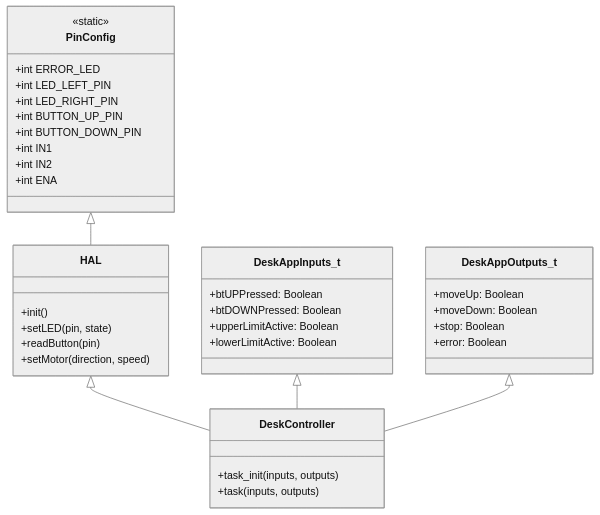
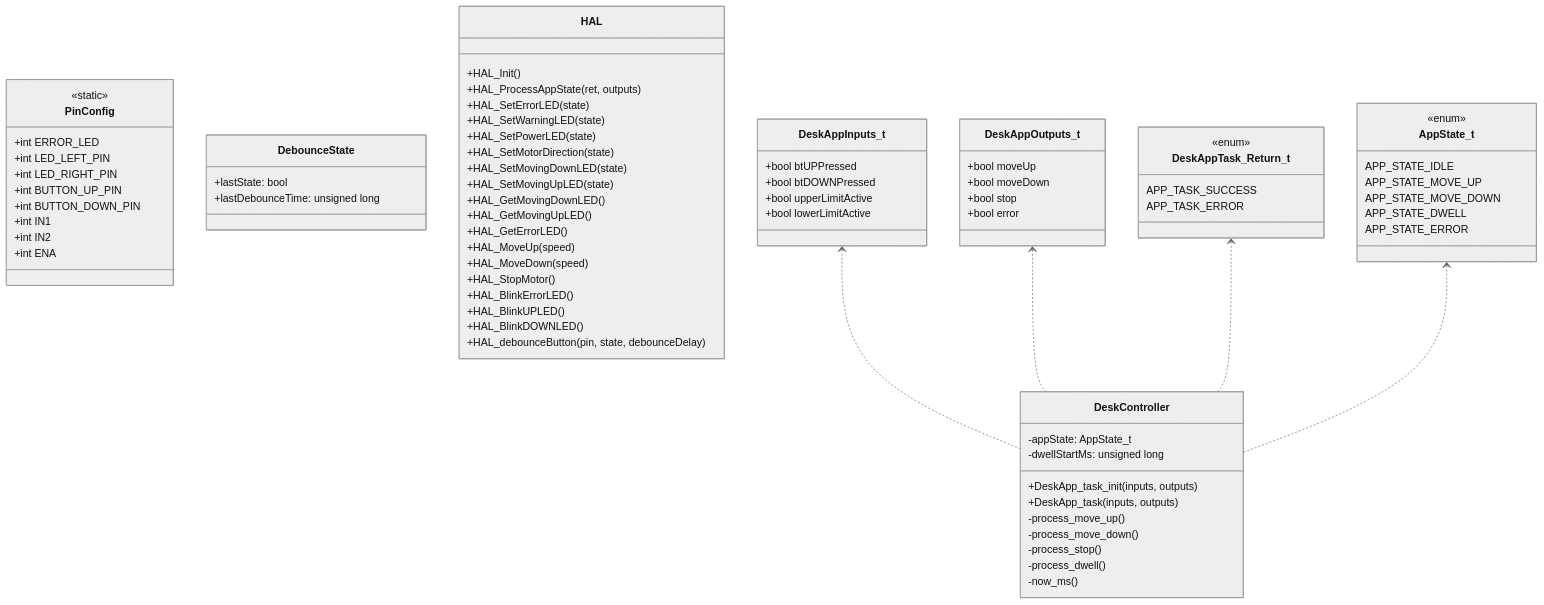
The third of 3 diagrams in documentation/SoftwareDetailedDesign.md (aperico/deskautomation), drawn with Mermaid (neutral theme) before and after one commit. The commit also changed other lines of this file and 3 other files, not shown here.

````diff
--- a/documentation/SoftwareDetailedDesign.md
+++ b/documentation/SoftwareDetailedDesign.md
@@ -313,40 +371,78 @@
 ```mermaid
 classDiagram
-	class PinConfig {
-		<<static>>
-		+int ERROR_LED
-		+int LED_LEFT_PIN
-		+int LED_RIGHT_PIN
-		+int BUTTON_UP_PIN
-		+int BUTTON_DOWN_PIN
-		+int IN1
-		+int IN2
-		+int ENA
-	}
-	class HAL {
-		+init()
-		+setLED(pin, state)
-		+readButton(pin)
-		+setMotor(direction, speed)
-	}
-	class DeskAppInputs_t {
-		+btUPPressed: Boolean
-		+btDOWNPressed: Boolean
-		+upperLimitActive: Boolean
-		+lowerLimitActive: Boolean
-	}
-	class DeskAppOutputs_t {
-		+moveUp: Boolean
-		+moveDown: Boolean
-		+stop: Boolean
-		+error: Boolean
-	}
-	class DeskController {
-		+task_init(inputs, outputs)
-		+task(inputs, outputs)
-	}
-	PinConfig <|-- HAL
-	HAL <|-- DeskController
-	DeskAppInputs_t <|-- DeskController
-	DeskAppOutputs_t <|-- DeskController
+    class PinConfig {
+        <<static>>
+        +int ERROR_LED
+        +int LED_LEFT_PIN
+        +int LED_RIGHT_PIN
+        +int BUTTON_UP_PIN
+        +int BUTTON_DOWN_PIN
+        +int IN1
+        +int IN2
+        +int ENA
+    }
+    class DebounceState {
+        +lastState: bool
+        +lastDebounceTime: unsigned long
+    }
+    class HAL {
+        +HAL_Init()
+        +HAL_ProcessAppState(ret, outputs)
+        +HAL_SetErrorLED(state)
+        +HAL_SetWarningLED(state)
+        +HAL_SetPowerLED(state)
+        +HAL_SetMotorDirection(state)
+        +HAL_SetMovingDownLED(state)
+        +HAL_SetMovingUpLED(state)
+        +HAL_GetMovingDownLED()
+        +HAL_GetMovingUpLED()
+        +HAL_GetErrorLED()
+        +HAL_MoveUp(speed)
+        +HAL_MoveDown(speed)
+        +HAL_StopMotor()
+        +HAL_BlinkErrorLED()
+        +HAL_BlinkUPLED()
+        +HAL_BlinkDOWNLED()
+        +HAL_debounceButton(pin, state, debounceDelay)
+    }
+    class DeskAppInputs_t {
+        +bool btUPPressed
+        +bool btDOWNPressed
+        +bool upperLimitActive
+        +bool lowerLimitActive
+    }
+    class DeskAppOutputs_t {
+        +bool moveUp
+        +bool moveDown
+        +bool stop
+        +bool error
+    }
+    class DeskController {
+        +DeskApp_task_init(inputs, outputs)
+        +DeskApp_task(inputs, outputs)
+        -process_move_up()
+        -process_move_down()
+        -process_stop()
+        -process_dwell()
+        -now_ms()
+        -appState: AppState_t
+        -dwellStartMs: unsigned long
+    }
+    class DeskAppTask_Return_t {
+        <<enum>>
+        APP_TASK_SUCCESS
+        APP_TASK_ERROR
+    }
+    class AppState_t {
+        <<enum>>
+        APP_STATE_IDLE
+        APP_STATE_MOVE_UP
+        APP_STATE_MOVE_DOWN
+        APP_STATE_DWELL
+        APP_STATE_ERROR
+    }
+    DeskAppInputs_t <.. DeskController
+    DeskAppOutputs_t <.. DeskController
+    DeskAppTask_Return_t <.. DeskController
+    AppState_t <.. DeskController
 ```
````
